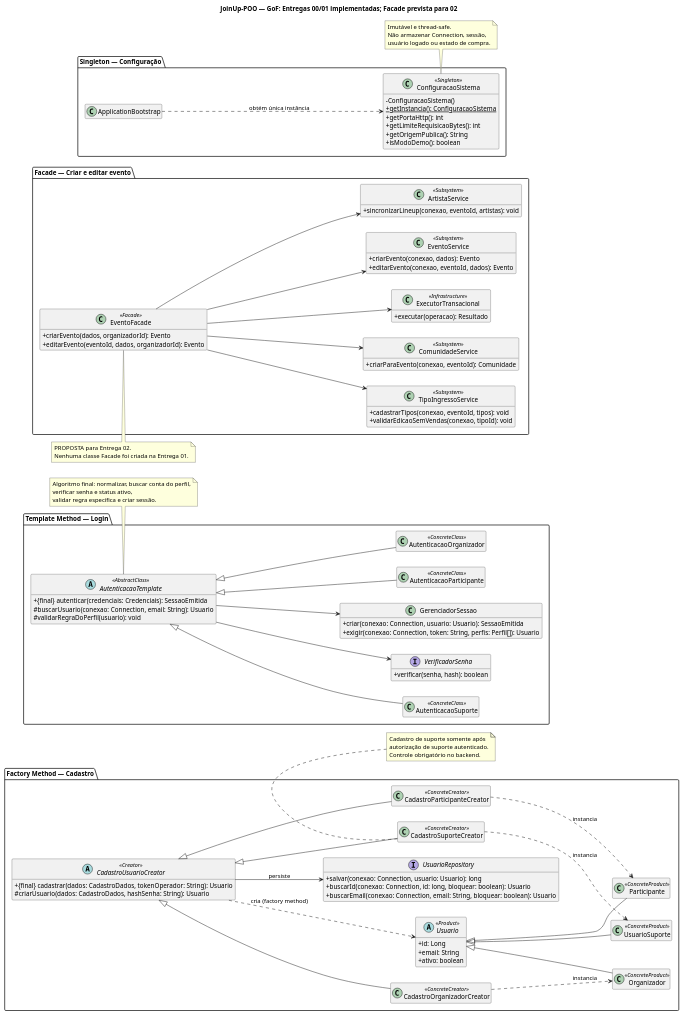
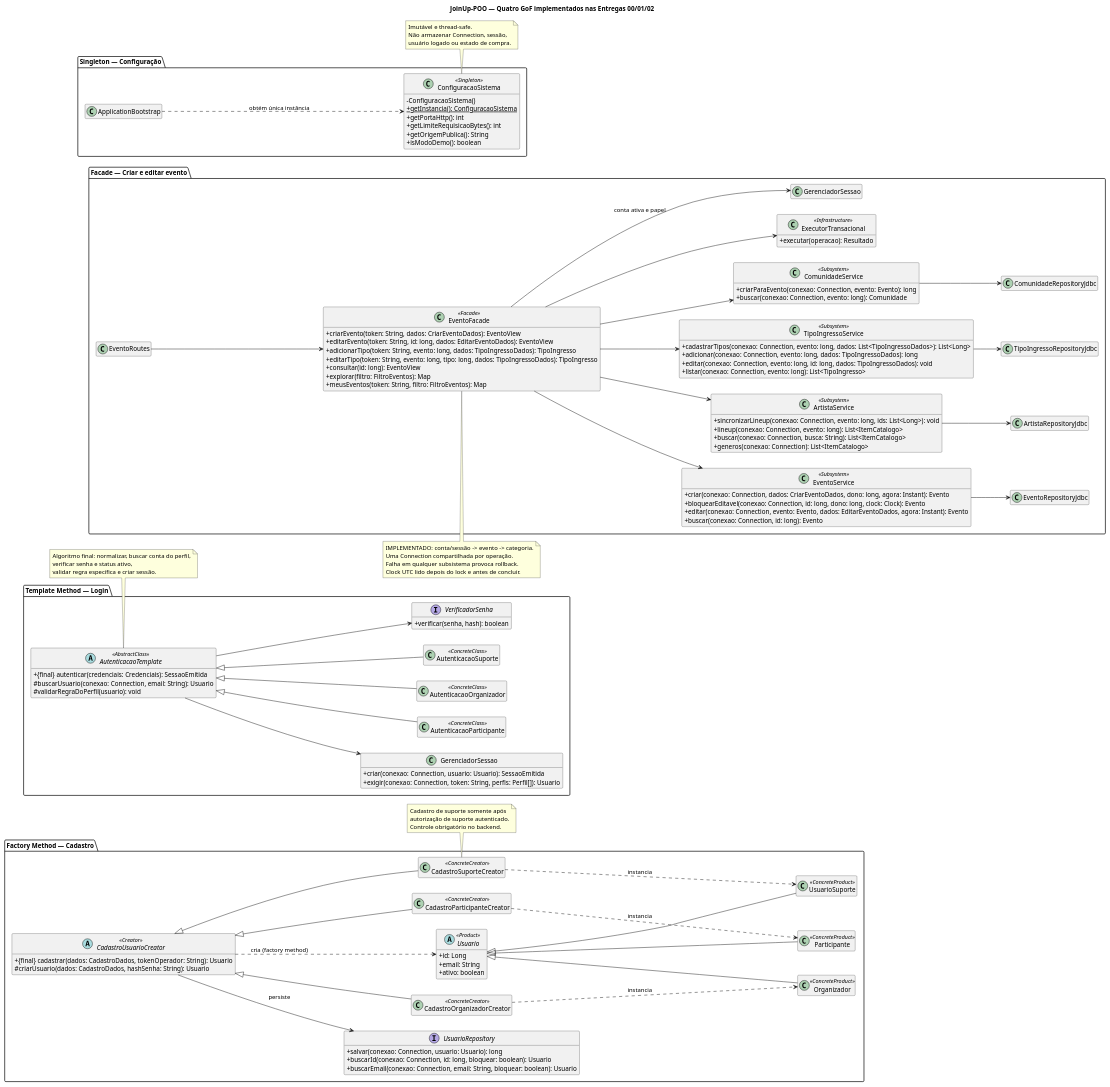
One commit to ericjs-code/JoinUp-POO changed the diagram in docs/diagramas/CLASSES_GOF_v0.1.puml. Above: the diagram before and after it, drawn with PlantUML. The commit also changed 45 other files, not shown here.

Commit message:
feat: implementa eventos e Facade transacional com MySQL real

```diff
--- a/docs/diagramas/CLASSES_GOF_v0.1.puml
+++ b/docs/diagramas/CLASSES_GOF_v0.1.puml
@@ -1,130 +1,156 @@
 @startuml
-title JoinUp-POO — GoF: Entregas 00/01 implementadas; Facade prevista para 02
+title JoinUp-POO — Quatro GoF implementados nas Entregas 00/01/02
 skinparam shadowing false
 skinparam classAttributeIconSize 0
 hide empty members
 left to right direction
 
 package "Facade — Criar e editar evento" {
   class EventoFacade <<Facade>> {
-    +criarEvento(dados, organizadorId): Evento
-    +editarEvento(eventoId, dados, organizadorId): Evento
+    +criarEvento(token: String, dados: CriarEventoDados): EventoView
+    +editarEvento(token: String, id: long, dados: EditarEventoDados): EventoView
+    +adicionarTipo(token: String, evento: long, dados: TipoIngressoDados): TipoIngresso
+    +editarTipo(token: String, evento: long, tipo: long, dados: TipoIngressoDados): TipoIngresso
+    +consultar(id: long): EventoView
+    +explorar(filtro: FiltroEventos): Map
+    +meusEventos(token: String, filtro: FiltroEventos): Map
   }
   class EventoService <<Subsystem>> {
-    +criarEvento(conexao, dados): Evento
-    +editarEvento(conexao, eventoId, dados): Evento
+    +criar(conexao: Connection, dados: CriarEventoDados, dono: long, agora: Instant): Evento
+    +bloquearEditavel(conexao: Connection, id: long, dono: long, clock: Clock): Evento
+    +editar(conexao: Connection, evento: Evento, dados: EditarEventoDados, agora: Instant): Evento
+    +buscar(conexao: Connection, id: long): Evento
   }
   class ArtistaService <<Subsystem>> {
-    +sincronizarLineup(conexao, eventoId, artistas): void
+    +sincronizarLineup(conexao: Connection, evento: long, ids: List<Long>): void
+    +lineup(conexao: Connection, evento: long): List<ItemCatalogo>
+    +buscar(conexao: Connection, busca: String): List<ItemCatalogo>
+    +generos(conexao: Connection): List<ItemCatalogo>
   }
   class TipoIngressoService <<Subsystem>> {
-    +cadastrarTipos(conexao, eventoId, tipos): void
-    +validarEdicaoSemVendas(conexao, tipoId): void
+    +cadastrarTipos(conexao: Connection, evento: long, dados: List<TipoIngressoDados>): List<Long>
+    +adicionar(conexao: Connection, evento: long, dados: TipoIngressoDados): long
+    +editar(conexao: Connection, evento: long, id: long, dados: TipoIngressoDados): void
+    +listar(conexao: Connection, evento: long): List<TipoIngresso>
   }
   class ComunidadeService <<Subsystem>> {
-    +criarParaEvento(conexao, eventoId): Comunidade
+    +criarParaEvento(conexao: Connection, evento: Evento): long
+    +buscar(conexao: Connection, evento: long): Comunidade
   }
   class ExecutorTransacional <<Infrastructure>> {
     +executar(operacao): Resultado
   }
   EventoFacade --> ExecutorTransacional
   EventoFacade --> EventoService
   EventoFacade --> ArtistaService
   EventoFacade --> TipoIngressoService
   EventoFacade --> ComunidadeService
+  EventoFacade --> GerenciadorSessao : conta ativa e papel
+  class EventoRepositoryJdbc
+  class ArtistaRepositoryJdbc
+  class TipoIngressoRepositoryJdbc
+  class ComunidadeRepositoryJdbc
+  class EventoRoutes
+  EventoRoutes --> EventoFacade
+  EventoService --> EventoRepositoryJdbc
+  ArtistaService --> ArtistaRepositoryJdbc
+  TipoIngressoService --> TipoIngressoRepositoryJdbc
+  ComunidadeService --> ComunidadeRepositoryJdbc
 }
 
 package "Template Method — Login" {
   abstract class AutenticacaoTemplate <<AbstractClass>> {
     +{final} autenticar(credenciais: Credenciais): SessaoEmitida
     #buscarUsuario(conexao: Connection, email: String): Usuario
     #validarRegraDoPerfil(usuario): void
   }
   class AutenticacaoParticipante <<ConcreteClass>>
   class AutenticacaoOrganizador <<ConcreteClass>>
   class AutenticacaoSuporte <<ConcreteClass>>
   interface VerificadorSenha {
     +verificar(senha, hash): boolean
   }
   class GerenciadorSessao {
     +criar(conexao: Connection, usuario: Usuario): SessaoEmitida
     +exigir(conexao: Connection, token: String, perfis: Perfil[]): Usuario
   }
   AutenticacaoTemplate <|-- AutenticacaoParticipante
   AutenticacaoTemplate <|-- AutenticacaoOrganizador
   AutenticacaoTemplate <|-- AutenticacaoSuporte
   AutenticacaoTemplate --> VerificadorSenha
   AutenticacaoTemplate --> GerenciadorSessao
 }
 
 package "Factory Method — Cadastro" {
   abstract class Usuario <<Product>> {
     +id: Long
     +email: String
     +ativo: boolean
   }
   class Participante <<ConcreteProduct>>
   class Organizador <<ConcreteProduct>>
   class UsuarioSuporte <<ConcreteProduct>>
   abstract class CadastroUsuarioCreator <<Creator>> {
     +{final} cadastrar(dados: CadastroDados, tokenOperador: String): Usuario
     #criarUsuario(dados: CadastroDados, hashSenha: String): Usuario
   }
   class CadastroParticipanteCreator <<ConcreteCreator>>
   class CadastroOrganizadorCreator <<ConcreteCreator>>
   class CadastroSuporteCreator <<ConcreteCreator>>
   interface UsuarioRepository {
     +salvar(conexao: Connection, usuario: Usuario): long
     +buscarId(conexao: Connection, id: long, bloquear: boolean): Usuario
     +buscarEmail(conexao: Connection, email: String, bloquear: boolean): Usuario
   }
   Usuario <|-- Participante
   Usuario <|-- Organizador
   Usuario <|-- UsuarioSuporte
   CadastroUsuarioCreator <|-- CadastroParticipanteCreator
   CadastroUsuarioCreator <|-- CadastroOrganizadorCreator
   CadastroUsuarioCreator <|-- CadastroSuporteCreator
   CadastroUsuarioCreator ..> Usuario : cria (factory method)
   CadastroUsuarioCreator --> UsuarioRepository : persiste
   CadastroParticipanteCreator ..> Participante : instancia
   CadastroOrganizadorCreator ..> Organizador : instancia
   CadastroSuporteCreator ..> UsuarioSuporte : instancia
 }
 
 package "Singleton — Configuração" {
   class ConfiguracaoSistema <<Singleton>> {
     -ConfiguracaoSistema()
     +{static} getInstancia(): ConfiguracaoSistema
     +getPortaHttp(): int
     +getLimiteRequisicaoBytes(): int
     +getOrigemPublica(): String
     +isModoDemo(): boolean
   }
   class ApplicationBootstrap
   ApplicationBootstrap ..> ConfiguracaoSistema : obtém única instância
 }
 
 note bottom of CadastroSuporteCreator
   Cadastro de suporte somente após
   autorização de suporte autenticado.
   Controle obrigatório no backend.
 end note
 
 note bottom of AutenticacaoTemplate
   Algoritmo final: normalizar, buscar conta do perfil,
   verificar senha e status ativo,
   validar regra específica e criar sessão.
 end note
 
 note top of EventoFacade
-  PROPOSTA para Entrega 02.
-  Nenhuma classe Facade foi criada na Entrega 01.
+  IMPLEMENTADO: conta/sessão -> evento -> categoria.
+  Uma Connection compartilhada por operação.
+  Falha em qualquer subsistema provoca rollback.
+  Clock UTC lido depois do lock e antes de concluir.
 end note
 
 note bottom of ConfiguracaoSistema
   Imutável e thread-safe.
   Não armazenar Connection, sessão,
   usuário logado ou estado de compra.
 end note
 
 @enduml
```
